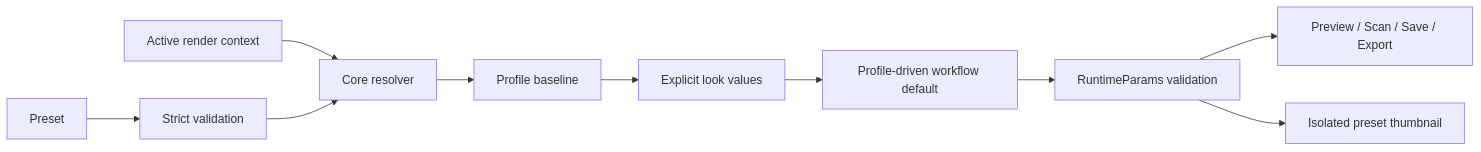
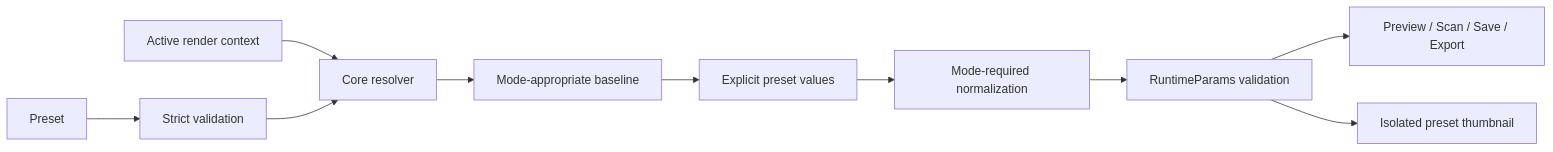
The second of 2 diagrams in specs/presets/spec.md (suraciii/spektrafilm-rs), drawn with Mermaid before and after one commit. The commit also changed other lines of this file and 107 other files, not shown here.

````diff
--- a/specs/presets/spec.md
+++ b/specs/presets/spec.md
@@ -403,12 +446,12 @@
 ```mermaid
 flowchart LR
     P["Preset"] --> V["Strict validation"]
     C["Active render context"] --> R["Core resolver"]
     V --> R
-    R --> B["Profile baseline"]
-    B --> L["Explicit look values"]
-    L --> W["Profile-driven workflow default"]
+    R --> B["Mode-appropriate baseline"]
+    B --> L["Explicit preset values"]
+    L --> W["Mode-required normalization"]
     W --> Q["RuntimeParams validation"]
     Q --> O["Preview / Scan / Save / Export"]
     Q --> T["Isolated preset thumbnail"]
 ```
````
